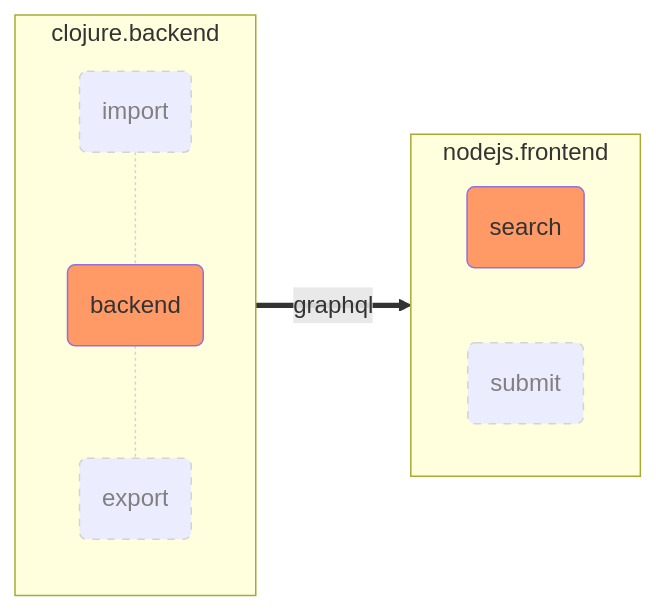
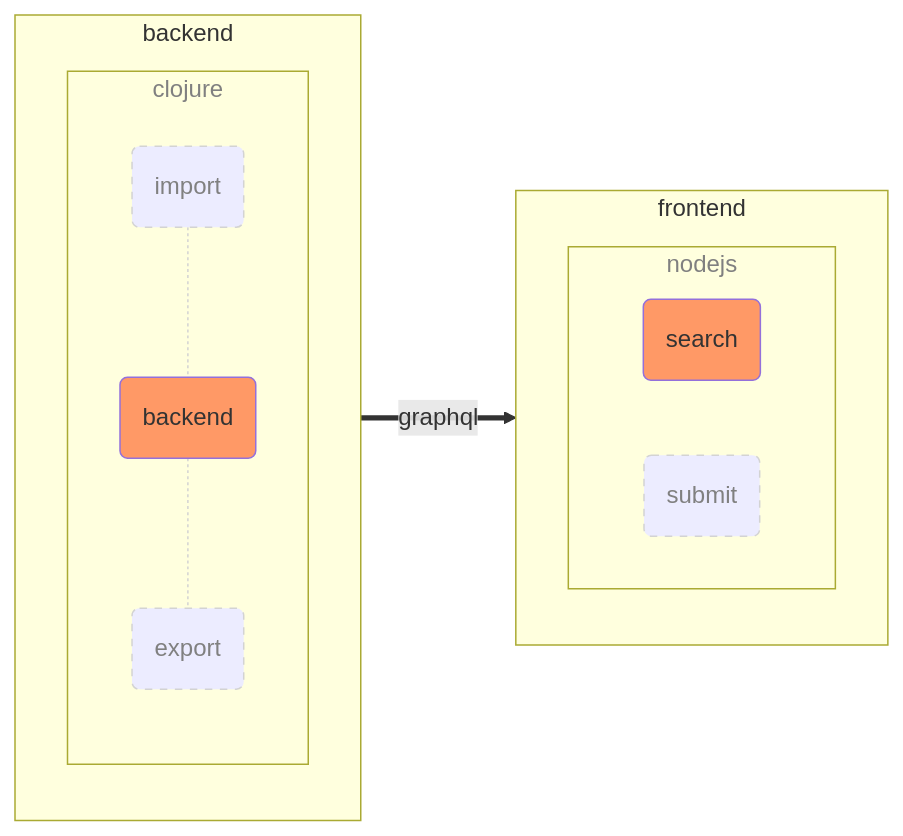
The first of 2 diagrams in architecture.md (internet4refugees/beherbergung), drawn with Mermaid before and after one commit.

````diff
--- a/architecture.md
+++ b/architecture.md
@@ -1,17 +1,24 @@
 ```mermaid
 flowchart LR;
     classDef focus fill:#f96;
     classDef hide_ color:gray , stroke-dasharray: 5 5 , stroke:lightgray;
-        subgraph clojure.backend
+     subgraph backend
+        subgraph clojure
+            direction TB
             I(import):::hide_ -.- B(backend):::focus
             B -.- e(export):::hide_
         end
-        subgraph nodejs.frontend
+    end
+    subgraph frontend
+        subgraph nodejs
             direction LR
             D(search):::focus
             E(submit):::hide_
         end
-    clojure.backend ==graphql==> nodejs.frontend 
+    end
+    backend ==graphql==> frontend
+    style clojure color:grey;
+    style nodejs color:grey;
     linkStyle 0 stroke:lightgrey;
     linkStyle 1 stroke:lightgrey;
 ```
````
